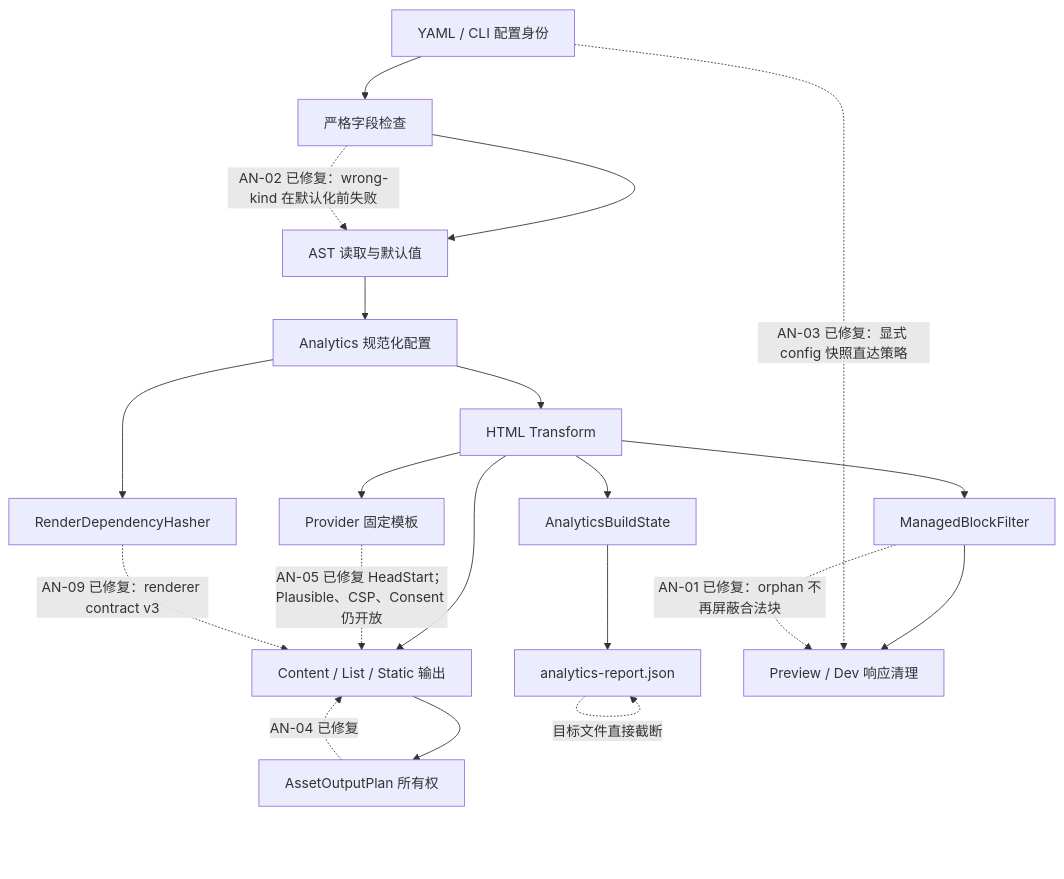
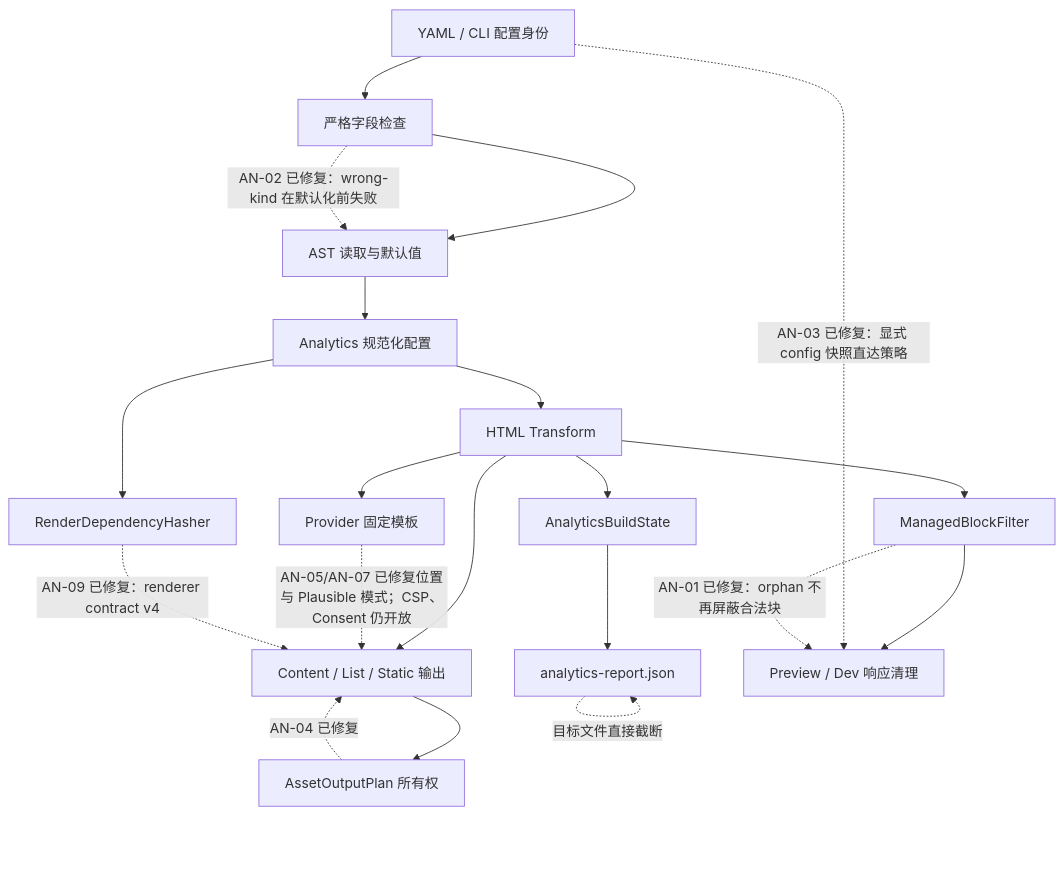
Before and after one commit to ALi365-SDN-BHD/Bukit: the diagram in docs/analysis/bukit-analytics-built-in-plugin-deep-audit-2026-07-18.zh-CN.md, drawn with Mermaid. The commit also changed other lines of this file and 19 other files, not shown here.

````diff
--- a/docs/analysis/bukit-analytics-built-in-plugin-deep-audit-2026-07-18.zh-CN.md
+++ b/docs/analysis/bukit-analytics-built-in-plugin-deep-audit-2026-07-18.zh-CN.md
@@ -77,23 +77,23 @@
 ```mermaid
 flowchart TD
     A["YAML / CLI 配置身份"] --> B["严格字段检查"]
     B --> C["AST 读取与默认值"]
     C --> D["Analytics 规范化配置"]
     D --> E["HTML Transform"]
     E --> F["ManagedBlockFilter"]
     E --> G["Provider 固定模板"]
     D --> H["RenderDependencyHasher"]
     E --> I["Content / List / Static 输出"]
     I --> J["AssetOutputPlan 所有权"]
     E --> K["AnalyticsBuildState"]
     K --> L["analytics-report.json"]
     F --> M["Preview / Dev 响应清理"]
 
     B -. "AN-02 已修复：wrong-kind 在默认化前失败" .-> C
     A -. "AN-03 已修复：显式 config 快照直达策略" .-> M
     F -. "AN-01 已修复：orphan 不再屏蔽合法块" .-> M
-    G -. "AN-05 已修复 HeadStart；Plausible、CSP、Consent 仍开放" .-> I
-    H -. "AN-09 已修复：renderer contract v3" .-> I
+    G -. "AN-05/AN-07 已修复位置与 Plausible 模式；CSP、Consent 仍开放" .-> I
+    H -. "AN-09 已修复：renderer contract v4" .-> I
     L -. "目标文件直接截断" .-> L
     J -. "AN-04 已修复" .-> I
 ```
````
